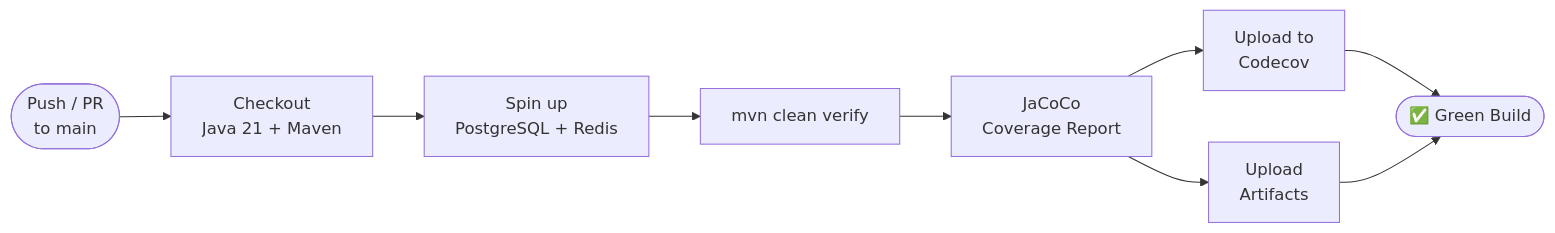
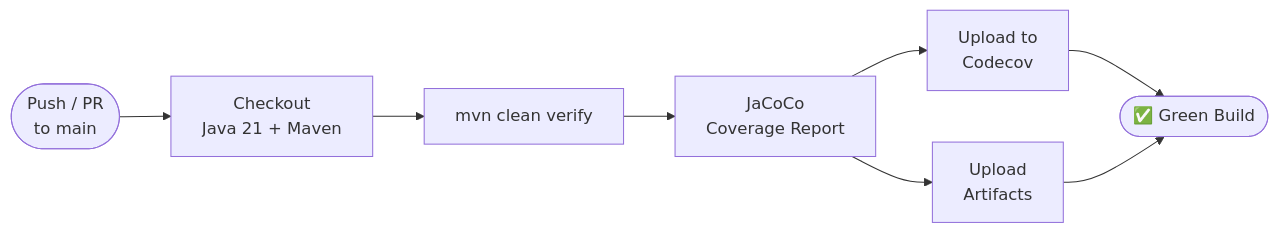
Before and after one commit to KhaledAwashreh/ecommerce-microservices-platform: the third of 4 diagrams in README.md, drawn with Mermaid. The commit also changed other lines of this file, not shown here.

````diff
--- a/README.md
+++ b/README.md
@@ -414,11 +433,10 @@
 ```mermaid
 flowchart LR
     A(["Push / PR\nto main"]) --> B["Checkout\nJava 21 + Maven"]
-    B --> C["Spin up\nPostgreSQL + Redis"]
-    C --> D["mvn clean verify"]
+    B --> D["mvn clean verify"]
     D --> E["JaCoCo\nCoverage Report"]
     E --> F1["Upload to\nCodecov"]
     E --> F2["Upload\nArtifacts"]
     F1 --> G(["✅ Green Build"])
     F2 --> G
 ```
````
